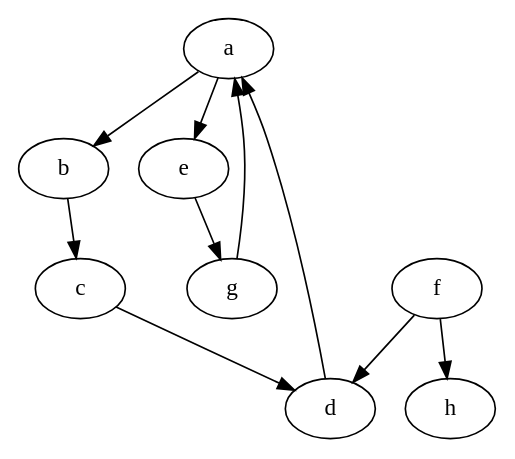
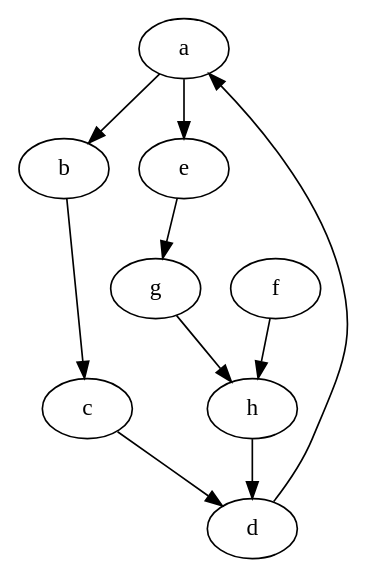
One commit to anishnallani22/CSE-464-2024-anallani changed the diagram in src/main/resources/input.dot. Above: the diagram before and after it, drawn with Graphviz. The commit also changed 5 other files, not shown here.

Commit message:
Added feature 2 and made changes to GraphGenerator.java

```diff
--- a/src/main/resources/input.dot
+++ b/src/main/resources/input.dot
@@ -1,11 +1,11 @@
 digraph {
     a -> b;
     b -> c;
     c -> d;
     d -> a;
     a -> e;
     e -> g;
-    f -> d;
+    h -> d;
     f -> h;
-    g -> a;
+    g -> h;
 }
```
